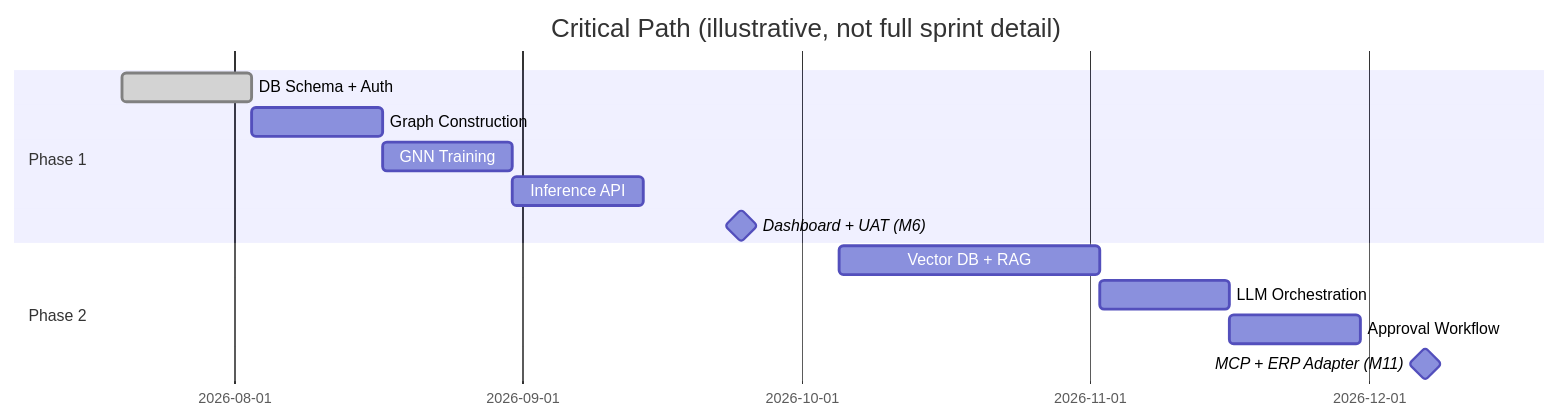
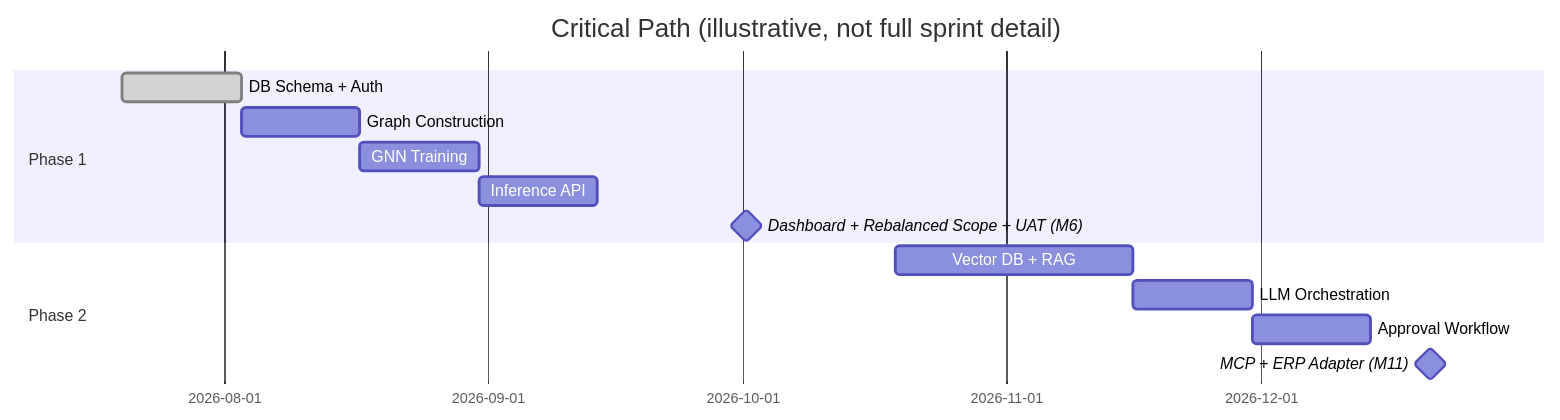
One commit to murali-ftw/ChainPilot changed the second of 4 diagrams in docs/14_Project_Roadmap.md. Above: the diagram before and after it, drawn with Mermaid. The commit also changed other lines of this file and 20 other files, not shown here.

Commit message:
Added New Architecture

````diff
--- a/docs/14_Project_Roadmap.md
+++ b/docs/14_Project_Roadmap.md
@@ -150,16 +156,16 @@
 ```mermaid
 gantt
     title Critical Path (illustrative, not full sprint detail)
     dateFormat  YYYY-MM-DD
     section Phase 1
     DB Schema + Auth          :done, cp1, 2026-07-20, 14d
     Graph Construction        :cp2, after cp1, 14d
     GNN Training              :cp3, after cp2, 14d
     Inference API             :cp4, after cp3, 14d
-    Dashboard + UAT (M6)      :milestone, cp5, after cp4, 21d
+    Dashboard + Rebalanced Scope + UAT (M6) :milestone, cp5, after cp4, 35d
     section Phase 2
     Vector DB + RAG           :cp6, after cp5, 28d
     LLM Orchestration         :cp7, after cp6, 14d
     Approval Workflow         :cp8, after cp7, 14d
     MCP + ERP Adapter (M11)   :milestone, cp9, after cp8, 14d
 ```
````
